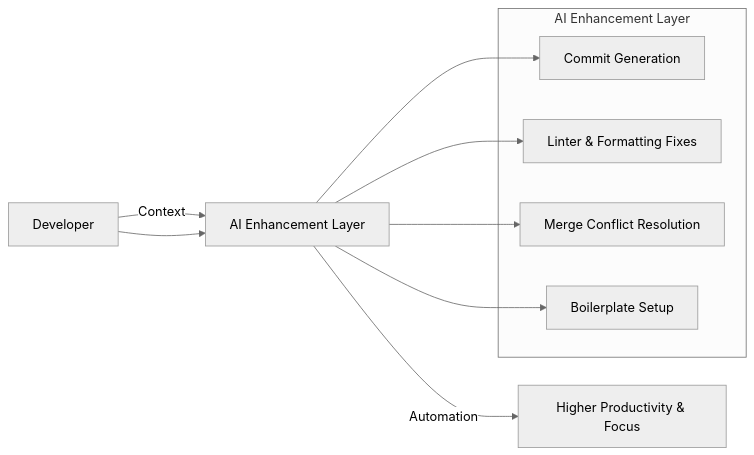
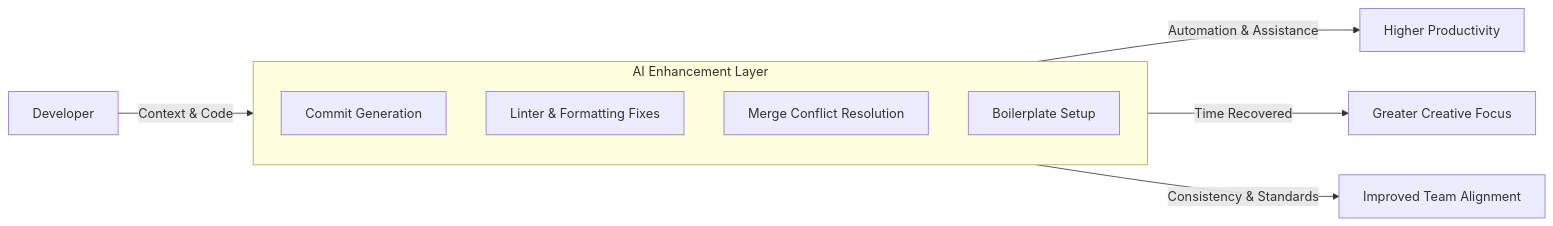
Before and after one commit to mattstruble/mattstruble.github.io: the diagram in content/blog/ai-boost-workflow/index.md, drawn with Mermaid.

Commit message:
feat: improved mermaid chart

````diff
--- a/content/blog/ai-boost-workflow/index.md
+++ b/content/blog/ai-boost-workflow/index.md
@@ -61,18 +61,14 @@
 ```mermaid
-%%{init: {'theme': 'neutral'}}%%
 flowchart LR
-    A[Developer] -->|Context| B[AI Enhancement Layer]
-    B -->|Automation| C[Developer Output]
-    subgraph AI Enhancement Layer
-        B1[Commit Generation]
-        B2[Linter & Formatting Fixes]
-        B3[Merge Conflict Resolution]
-        B4[Boilerplate Setup]
+    D[Developer] -->|Context & Code| A
+    subgraph A[AI Enhancement Layer]
+        direction TB
+        C1[Commit Generation]
+        C2[Linter & Formatting Fixes]
+        C3[Merge Conflict Resolution]
+        C4[Boilerplate Setup]
     end
-    A --> B
-    B --> B1
-    B --> B2
-    B --> B3
-    B --> B4
-    C[Higher Productivity & Focus]
+    A -->|Automation & Assistance| O1[Higher Productivity]
+    A -->|Time Recovered| O2[Greater Creative Focus]
+    A -->|Consistency & Standards| O3[Improved Team Alignment]
 ```
````
